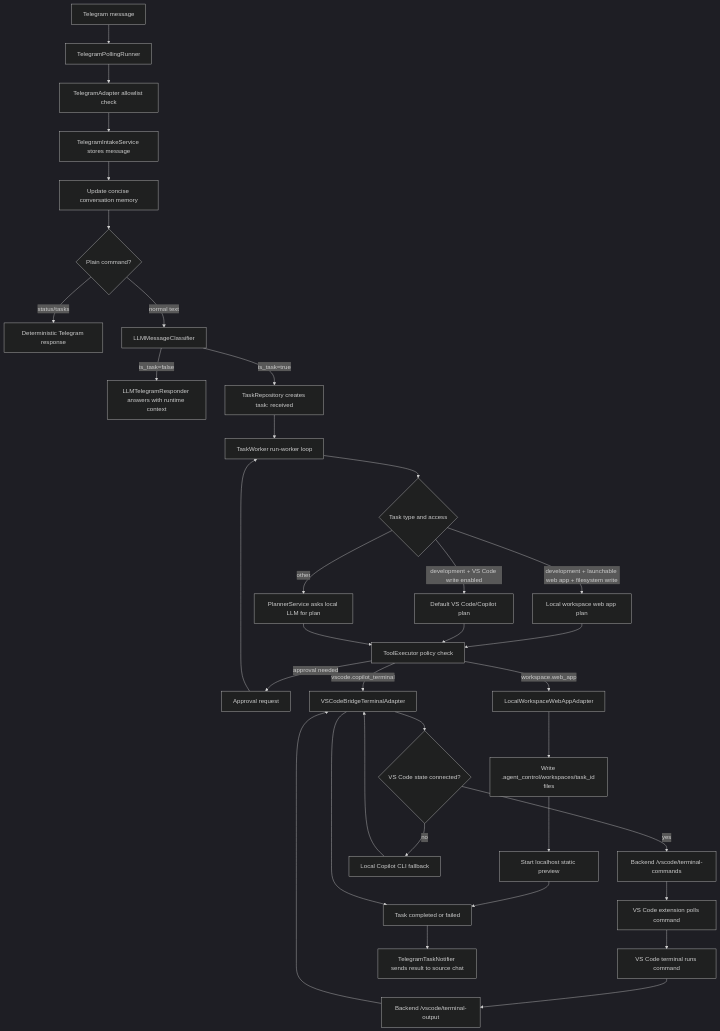
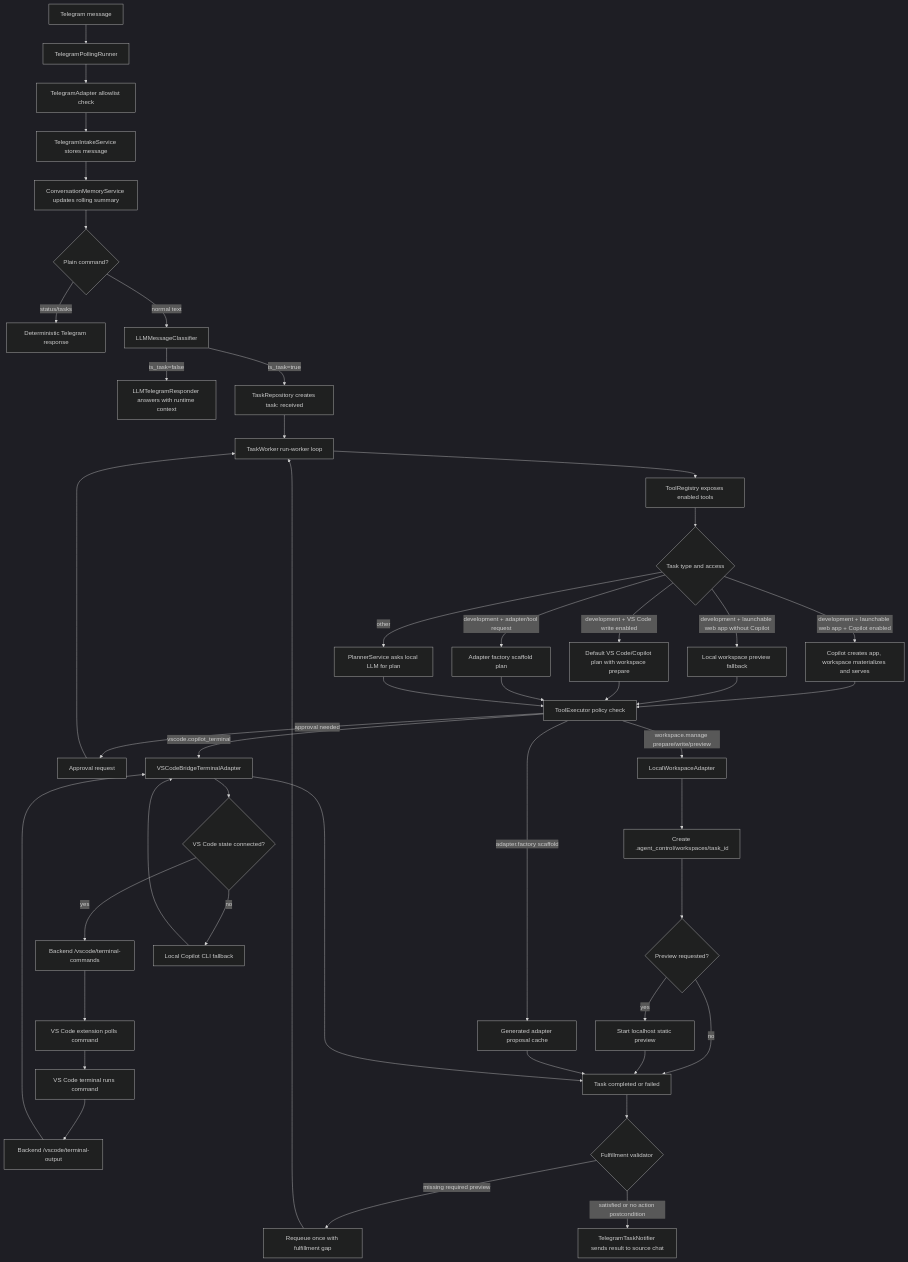
The diagram in docs/TASK_FLOW.md (iodriller/YBM), drawn with Mermaid (dark theme) before and after one commit. The commit also changed other lines of this file and 24 other files, not shown here.

Commit message:
Improve local orchestration and workspace fulfillment

````diff
--- a/docs/TASK_FLOW.md
+++ b/docs/TASK_FLOW.md
@@ -5,37 +5,49 @@
 ```mermaid
 flowchart TD
     A[Telegram message] --> B[TelegramPollingRunner]
     B --> C[TelegramAdapter allowlist check]
     C --> D[TelegramIntakeService stores message]
-    D --> Z[Update concise conversation memory]
+    D --> Z[ConversationMemoryService updates rolling summary]
     Z --> X{Plain command?}
     X -->|status/tasks| Y[Deterministic Telegram response]
     X -->|normal text| E[LLMMessageClassifier]
     E -->|is_task=false| F[LLMTelegramResponder answers with runtime context]
     E -->|is_task=true| G[TaskRepository creates task: received]
     G --> H[TaskWorker run-worker loop]
-    H --> I{Task type and access}
-    I -->|development + launchable web app + filesystem write| W[Local workspace web app plan]
-    I -->|development + VS Code write enabled| J[Default VS Code/Copilot plan]
+    H --> HR[ToolRegistry exposes enabled tools]
+    HR --> I{Task type and access}
+    I -->|development + launchable web app + Copilot enabled| W[Copilot creates app, workspace materializes and serves]
+    I -->|development + launchable web app without Copilot| WF[Local workspace preview fallback]
+    I -->|development + VS Code write enabled| J[Default VS Code/Copilot plan with workspace prepare]
+    I -->|development + adapter/tool request| AF[Adapter factory scaffold plan]
     I -->|other| K[PlannerService asks local LLM for plan]
     W --> L[ToolExecutor policy check]
+    WF --> L
     J --> L
+    AF --> L
     K --> L
     L -->|approval needed| M[Approval request]
     M --> H
-    L -->|workspace.web_app| AA[LocalWorkspaceWebAppAdapter]
-    AA --> AB[Write .agent_control/workspaces/task_id files]
-    AB --> AC[Start localhost static preview]
-    AC --> S[Task completed or failed]
+    L -->|workspace.manage prepare/write/preview| AA[LocalWorkspaceAdapter]
+    AA --> AB[Create .agent_control/workspaces/task_id]
+    AB --> AC{Preview requested?}
+    AC -->|yes| AD[Start localhost static preview]
+    AC -->|no| S[Task continues]
+    AD --> S[Task completed or failed]
+    L -->|adapter.factory scaffold| AE[Generated adapter proposal cache]
+    AE --> S
     L -->|vscode.copilot_terminal| N[VSCodeBridgeTerminalAdapter]
     N --> U{VS Code state connected?}
     U -->|yes| O[Backend /vscode/terminal-commands]
     U -->|no| V[Local Copilot CLI fallback]
     O --> P[VS Code extension polls command]
     P --> Q[VS Code terminal runs command]
     Q --> R[Backend /vscode/terminal-output]
     R --> N
     V --> N
     N --> S[Task completed or failed]
-    S --> T[TelegramTaskNotifier sends result to source chat]
+    S --> VAL{Fulfillment validator}
+    VAL -->|missing required preview| RETRY[Requeue once with fulfillment gap]
+    RETRY --> H
+    VAL -->|satisfied or no action postcondition| T[TelegramTaskNotifier sends result to source chat]
 ```
````
